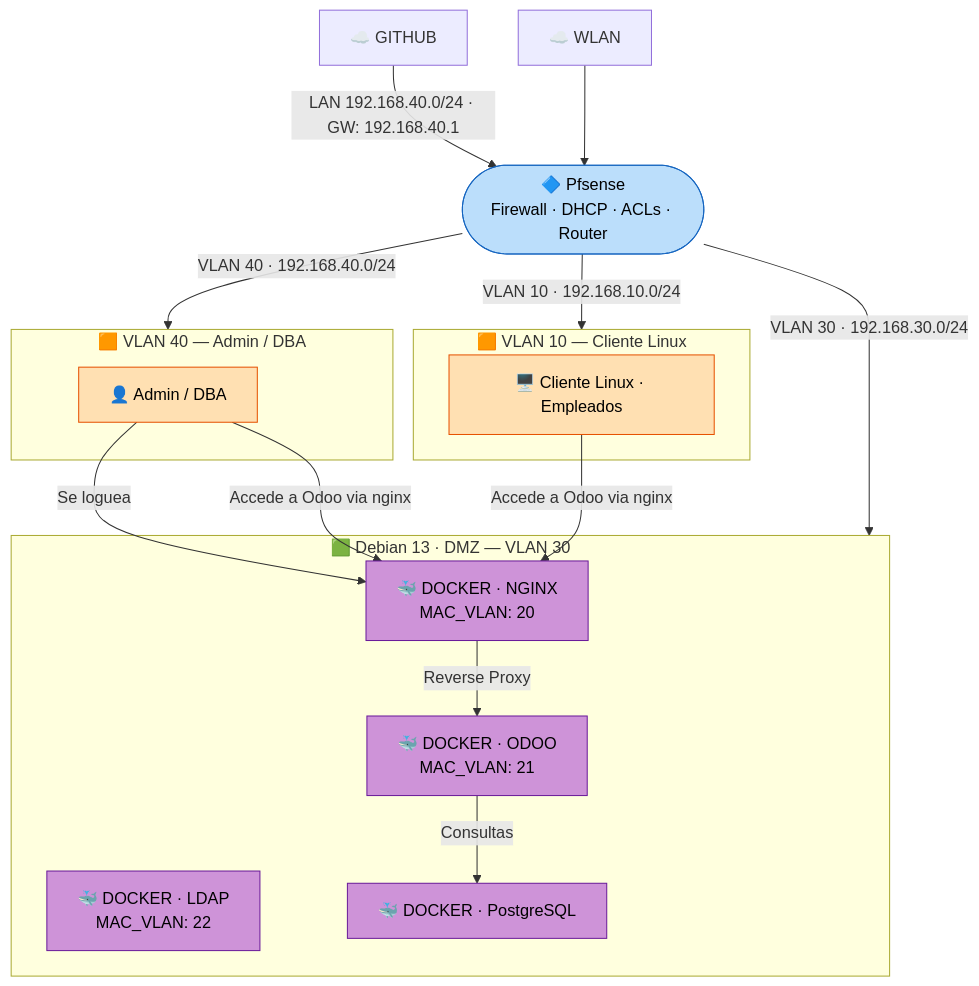
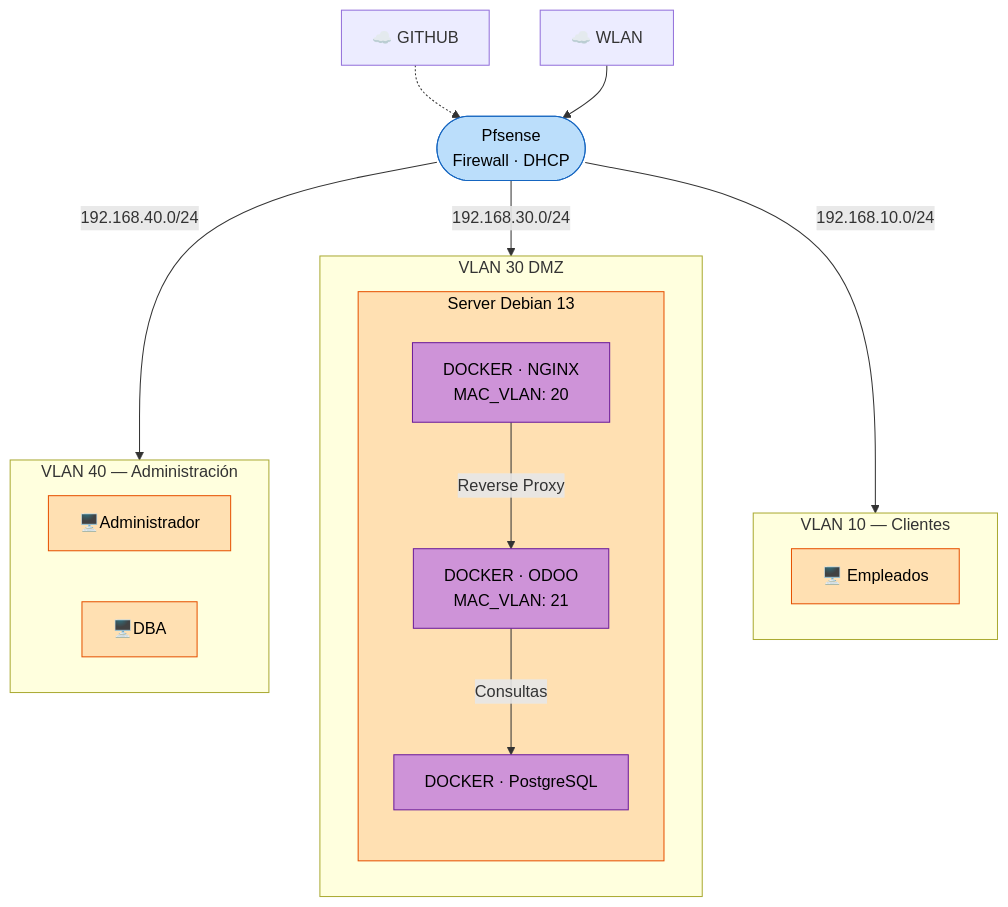
One commit to sandrafrv/TFG-Implantacion_Segura_y_Automatizada_de_Odoo changed the diagram in README.md. Above: the diagram before and after it, drawn with Mermaid. The commit also changed other lines of this file, not shown here.

Commit message:
Update README with network diagram and descriptions

````diff
--- a/README.md
+++ b/README.md
@@ -41,47 +41,47 @@
 ```mermaid
 graph TD
     GITHUB["☁️ GITHUB"]
     WLAN["☁️ WLAN"]
 
-    GITHUB -->|"LAN 192.168.40.0/24 · GW: 192.168.40.1"| PFSENSE
+    GITHUB -.->PFSENSE
     WLAN --> PFSENSE
 
-    PFSENSE(["🔷 Pfsense\nFirewall · DHCP · ACLs · Router"])
+    PFSENSE(["Pfsense\nFirewall · DHCP "])
 
-    PFSENSE -->|"VLAN 40 · 192.168.40.0/24"| VLAN40
-    PFSENSE -->|"VLAN 30 · 192.168.30.0/24"| DMZ
-    PFSENSE -->|"VLAN 10 · 192.168.10.0/24"| VLAN10
+    PFSENSE -->|" 192.168.40.0/24"| VLAN40
+    PFSENSE -->|" 192.168.30.0/24"| DMZ
+    PFSENSE -->|"192.168.10.0/24"| VLAN10
 
-    subgraph VLAN40["🟧 VLAN 40 — Admin / DBA"]
-        ADMIN["👤 Admin / DBA"]
+    subgraph VLAN40["VLAN 40 — Administración"]
+        ADMIN["🖥️Administrador"]
+        DBA["🖥️DBA"]
+   end
+
+    subgraph VLAN10["VLAN 10 — Clientes"]
+        CLIENT["💻 Empleados"]
+        CLIENT["🖥️ Empleados"]
     end
 
-    subgraph VLAN10["🟧 VLAN 10 — Cliente Linux"]
-        CLIENT["🖥️ Cliente Linux · Empleados"]
-    end
 
-    ADMIN -- "Se loguea" --> NGINX
-    ADMIN -- "Accede a Odoo via nginx" --> NGINX
-    CLIENT -- "Accede a Odoo via nginx" --> NGINX
+    subgraph DMZ["VLAN 30 DMZ"]
+        subgraph Debian [" Server Debian 13 "]
+                NGINX["DOCKER · NGINX\nMAC_VLAN: 20"]
+                ODOO[" DOCKER · ODOO\nMAC_VLAN: 21"]
+                BBDD[" DOCKER · PostgreSQL"]
 
-    subgraph DMZ["🟩 Debian 13 · DMZ — VLAN 30"]
-        LDAP["🐳 DOCKER · LDAP\nMAC_VLAN: 22"]
-        NGINX["🐳 DOCKER · NGINX\nMAC_VLAN: 20"]
-        ODOO["🐳 DOCKER · ODOO\nMAC_VLAN: 21"]
-        BBDD["🐳 DOCKER · PostgreSQL"]
-
-        NGINX -->|"Reverse Proxy"| ODOO
-        ODOO -->|"Consultas"| BBDD
+                NGINX -->|"Reverse Proxy"| ODOO
+                ODOO -->|"Consultas"| BBDD
+        end
     end
 
     classDef firewall fill:#BBDEFB,stroke:#1565C0,color:#000
     classDef vlan fill:#FFE0B2,stroke:#E65100,color:#000
     classDef dmznode fill:#CE93D8,stroke:#6A1B9A,color:#000
     classDef client fill:#FFE0B2,stroke:#E65100,color:#000
 
     class PFSENSE firewall
-    class ADMIN vlan
+    class ADMIN,Debian,DBA vlan
     class CLIENT client
     class LDAP,NGINX,ODOO,BBDD dmznode
 
 ```
````
